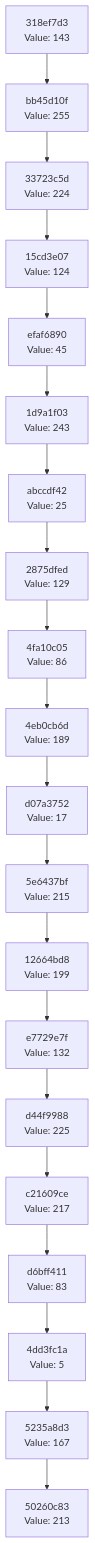
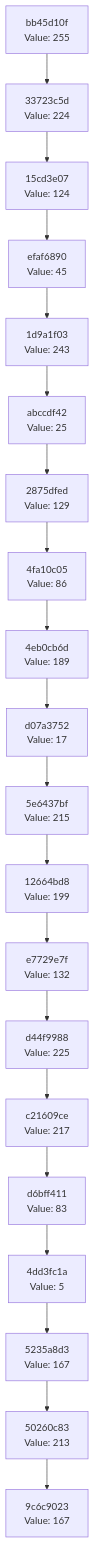
One commit to Abhisheksinha1506/hash-chain-evolver changed the diagram in docs/CHAIN_VISUALIZATION.md. Above: the diagram before and after it, drawn with Mermaid. The commit also changed 2 other files, not shown here.

Commit message:
Evolution Step

````diff
--- a/docs/CHAIN_VISUALIZATION.md
+++ b/docs/CHAIN_VISUALIZATION.md
@@ -3,42 +3,42 @@
 ```mermaid
 graph TD
-    C0["50260c83<br/>Value: 213"]
-    C1["5235a8d3<br/>Value: 167"]
+    C0["9c6c9023<br/>Value: 167"]
+    C1["50260c83<br/>Value: 213"]
     C1 --> C0
-    C2["4dd3fc1a<br/>Value: 5"]
+    C2["5235a8d3<br/>Value: 167"]
     C2 --> C1
-    C3["d6bff411<br/>Value: 83"]
+    C3["4dd3fc1a<br/>Value: 5"]
     C3 --> C2
-    C4["c21609ce<br/>Value: 217"]
+    C4["d6bff411<br/>Value: 83"]
     C4 --> C3
-    C5["d44f9988<br/>Value: 225"]
+    C5["c21609ce<br/>Value: 217"]
     C5 --> C4
-    C6["e7729e7f<br/>Value: 132"]
+    C6["d44f9988<br/>Value: 225"]
     C6 --> C5
-    C7["12664bd8<br/>Value: 199"]
+    C7["e7729e7f<br/>Value: 132"]
     C7 --> C6
-    C8["5e6437bf<br/>Value: 215"]
+    C8["12664bd8<br/>Value: 199"]
     C8 --> C7
-    C9["d07a3752<br/>Value: 17"]
+    C9["5e6437bf<br/>Value: 215"]
     C9 --> C8
-    C10["4eb0cb6d<br/>Value: 189"]
+    C10["d07a3752<br/>Value: 17"]
     C10 --> C9
-    C11["4fa10c05<br/>Value: 86"]
+    C11["4eb0cb6d<br/>Value: 189"]
     C11 --> C10
-    C12["2875dfed<br/>Value: 129"]
+    C12["4fa10c05<br/>Value: 86"]
     C12 --> C11
-    C13["abccdf42<br/>Value: 25"]
+    C13["2875dfed<br/>Value: 129"]
     C13 --> C12
-    C14["1d9a1f03<br/>Value: 243"]
+    C14["abccdf42<br/>Value: 25"]
     C14 --> C13
-    C15["efaf6890<br/>Value: 45"]
+    C15["1d9a1f03<br/>Value: 243"]
     C15 --> C14
-    C16["15cd3e07<br/>Value: 124"]
+    C16["efaf6890<br/>Value: 45"]
     C16 --> C15
-    C17["33723c5d<br/>Value: 224"]
+    C17["15cd3e07<br/>Value: 124"]
     C17 --> C16
-    C18["bb45d10f<br/>Value: 255"]
+    C18["33723c5d<br/>Value: 224"]
     C18 --> C17
-    C19["318ef7d3<br/>Value: 143"]
+    C19["bb45d10f<br/>Value: 255"]
     C19 --> C18
 ```
````
